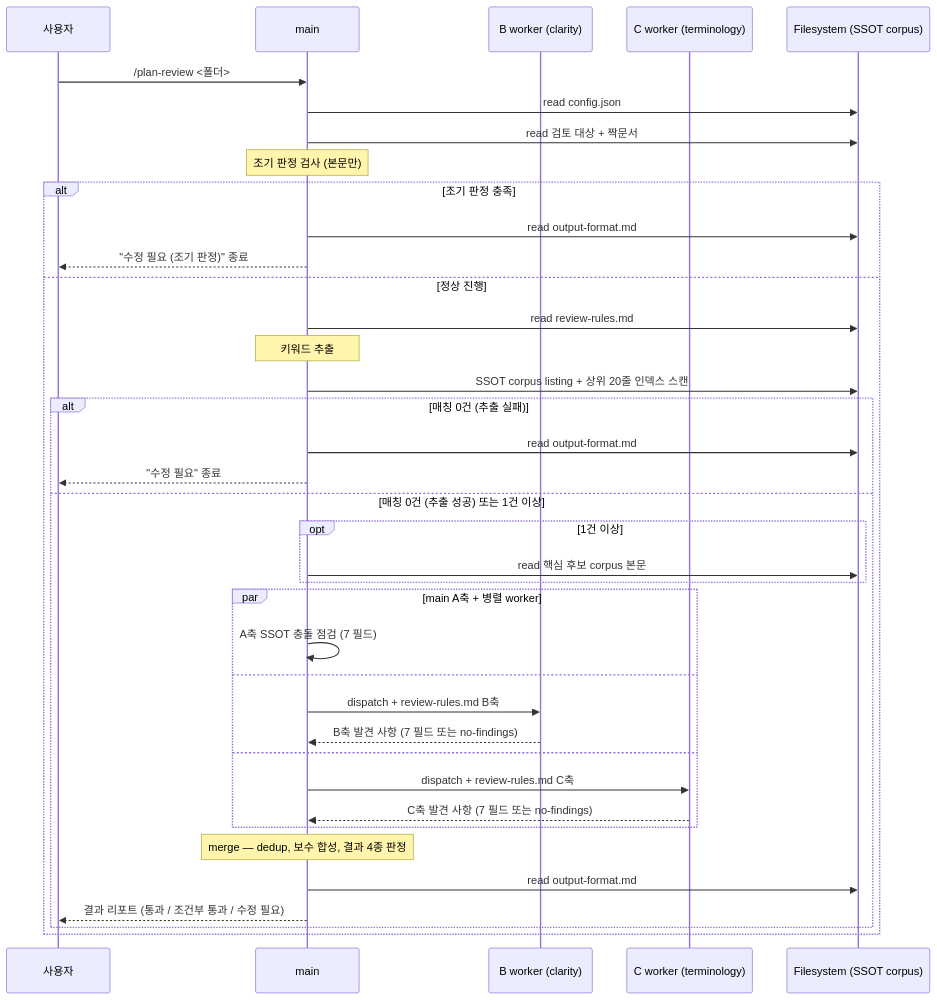
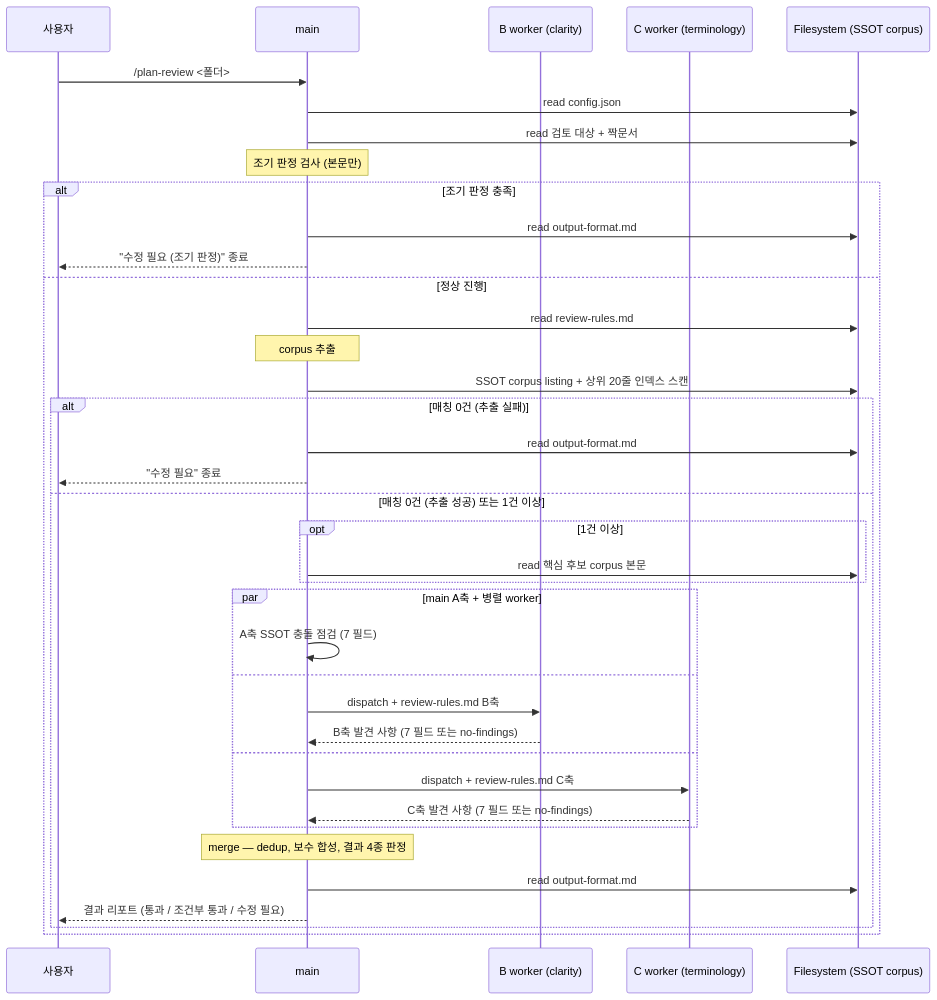
One commit to inkwonjung-colosseum/plugins changed the second of 3 diagrams in product-team-kit/docs/skills-workflow-detail.md. Above: the diagram before and after it, drawn with Mermaid. The commit also changed other lines of this file and 18 other files, not shown here.

````diff
--- a/product-team-kit/docs/skills-workflow-detail.md
+++ b/product-team-kit/docs/skills-workflow-detail.md
@@ -184,43 +187,43 @@
 ```mermaid
 sequenceDiagram
     participant U as 사용자
     participant M as main
     participant B as B worker (clarity)
     participant C as C worker (terminology)
     participant FS as Filesystem (SSOT corpus)
 
     U->>M: /plan-review <폴더>
     M->>FS: read config.json
     M->>FS: read 검토 대상 + 짝문서
     Note over M: 조기 판정 검사 (본문만)
     alt 조기 판정 충족
         M->>FS: read output-format.md
         M-->>U: "수정 필요 (조기 판정)" 종료
     else 정상 진행
         M->>FS: read review-rules.md
-        Note over M: 키워드 추출
+        Note over M: corpus 추출
         M->>FS: SSOT corpus listing + 상위 20줄 인덱스 스캔
         alt 매칭 0건 (추출 실패)
             M->>FS: read output-format.md
             M-->>U: "수정 필요" 종료
         else 매칭 0건 (추출 성공) 또는 1건 이상
             opt 1건 이상
                 M->>FS: read 핵심 후보 corpus 본문
             end
 
             par main A축 + 병렬 worker
                 M->>M: A축 SSOT 충돌 점검 (7 필드)
             and
                 M->>B: dispatch + review-rules.md B축
                 B-->>M: B축 발견 사항 (7 필드 또는 no-findings)
             and
                 M->>C: dispatch + review-rules.md C축
                 C-->>M: C축 발견 사항 (7 필드 또는 no-findings)
             end
 
             Note over M: merge — dedup, 보수 합성, 결과 4종 판정
             M->>FS: read output-format.md
             M-->>U: 결과 리포트 (통과 / 조건부 통과 / 수정 필요)
         end
     end
 ```
````
